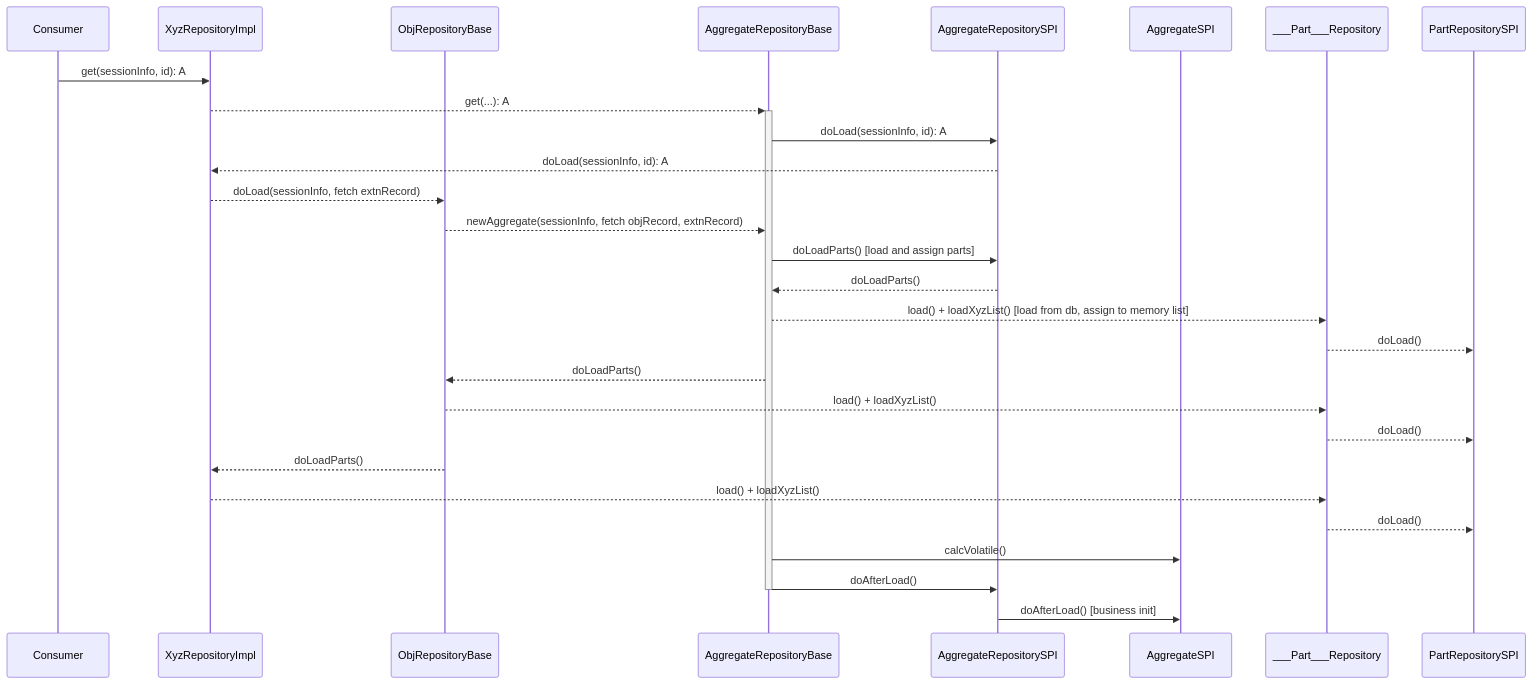
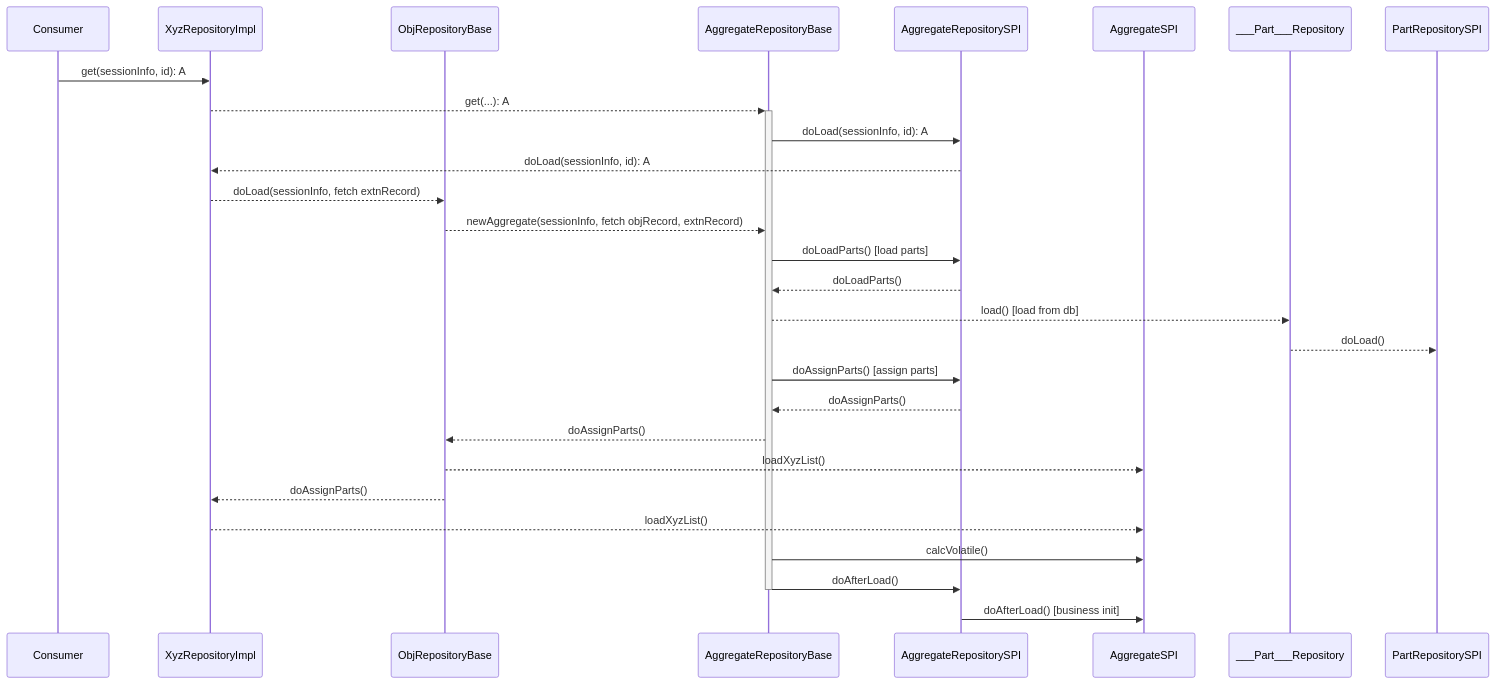
The second of 4 diagrams in docs/DDD.md (zeitwert/fm-server), drawn with Mermaid before and after one commit. The commit also changed other lines of this file and 68 other files, not shown here.

````diff
--- a/docs/DDD.md
+++ b/docs/DDD.md
@@ -38,30 +32,30 @@
 ```mermaid
 sequenceDiagram
 	participant C as Consumer
 	participant ER as XyzRepositoryImpl
 	participant OR as ObjRepositoryBase
 	participant AR as AggregateRepositoryBase
 	participant ARS as AggregateRepositorySPI
 	participant A as AggregateSPI
 	participant PR as ___Part___Repository
 	participant PRS as PartRepositorySPI
 	C->>ER: get(sessionInfo, id): A
 	ER-->>+AR: get(...): A
 	AR->>ARS: doLoad(sessionInfo, id): A
 	ARS-->>ER: doLoad(sessionInfo, id): A
 	ER-->>OR: doLoad(sessionInfo, fetch extnRecord)
 	OR-->>AR: newAggregate(sessionInfo, fetch objRecord, extnRecord)
-	AR->>ARS: doLoadParts() [load and assign parts]
+	AR->>ARS: doLoadParts() [load parts]
 	ARS-->>AR: doLoadParts()
-	AR-->>PR: load() + loadXyzList() [load from db, assign to memory list]
+	AR-->>PR: load() [load from db]
 	PR-->>PRS: doLoad()
-	AR-->>OR: doLoadParts()
-	OR-->>PR: load() + loadXyzList()
-	PR-->>PRS: doLoad()
-	OR-->>ER: doLoadParts()
-	ER-->>PR: load() + loadXyzList()
-	PR-->>PRS: doLoad()
+	AR->>ARS: doAssignParts() [assign parts]
+	ARS-->>AR: doAssignParts()
+	AR-->>OR: doAssignParts()
+	OR-->>A: loadXyzList()
+	OR-->>ER: doAssignParts()
+	ER-->>A: loadXyzList()
 	AR->>A: calcVolatile()
 	AR->>-ARS: doAfterLoad()
 	ARS->>A: doAfterLoad() [business init]
 ```
````
